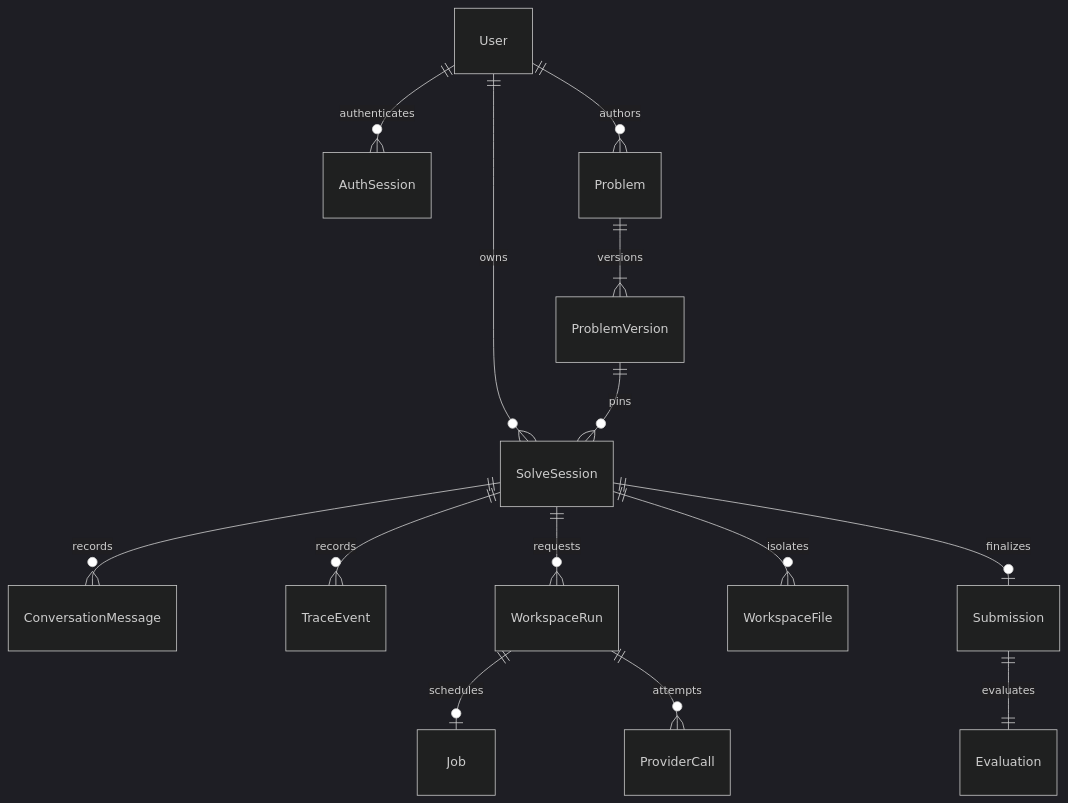
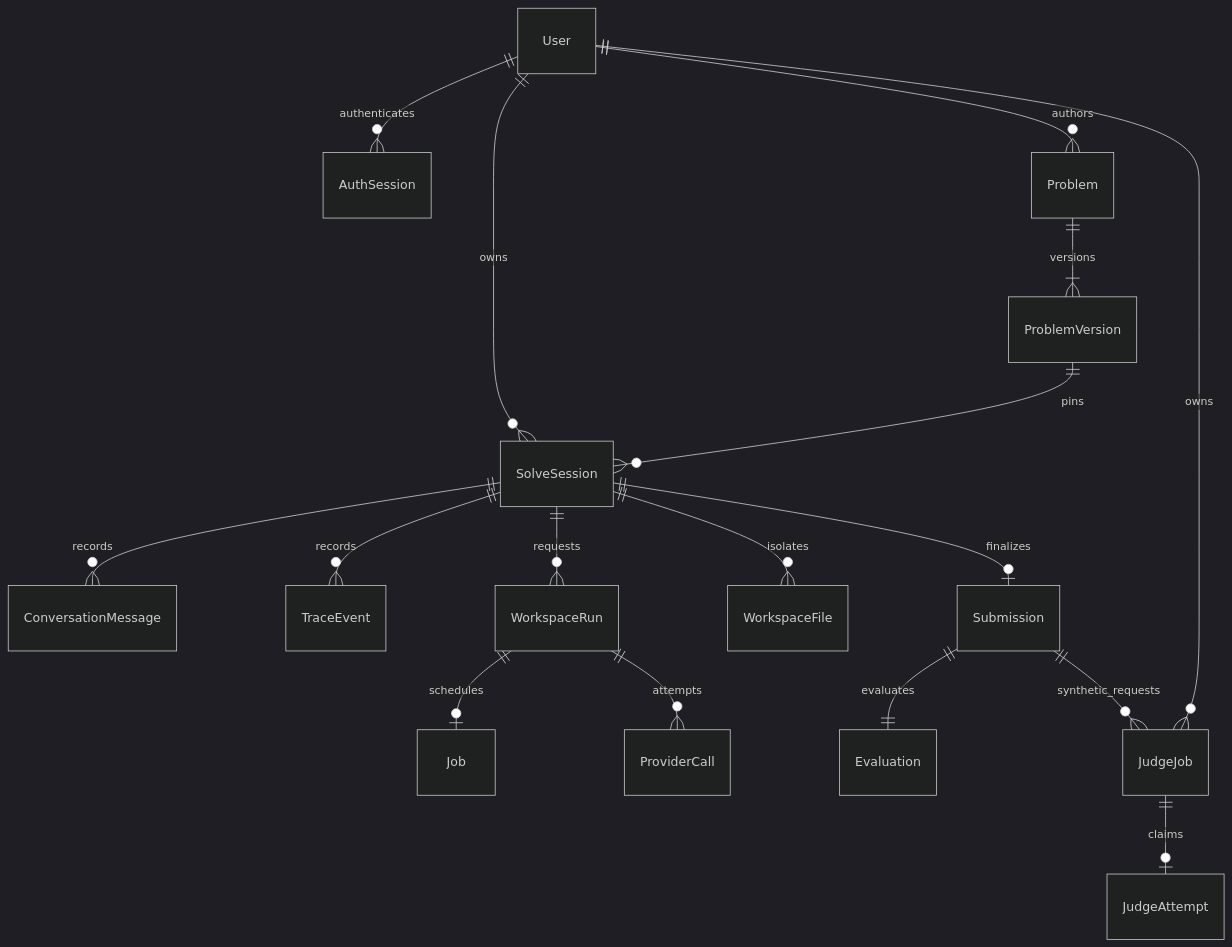
Before and after one commit to casing1/praxioj: the second of 2 diagrams in docs/architecture/overview.md, drawn with Mermaid (dark theme). The commit also changed other lines of this file and 36 other files, not shown here.

````diff
--- a/docs/architecture/overview.md
+++ b/docs/architecture/overview.md
@@ -32,16 +40,19 @@
 ```mermaid
 erDiagram
     User ||--o{ AuthSession : authenticates
     User ||--o{ Problem : authors
     User ||--o{ SolveSession : owns
     Problem ||--|{ ProblemVersion : versions
     ProblemVersion ||--o{ SolveSession : pins
     SolveSession ||--o{ ConversationMessage : records
     SolveSession ||--o{ TraceEvent : records
     SolveSession ||--o{ WorkspaceRun : requests
     WorkspaceRun ||--o| Job : schedules
     WorkspaceRun ||--o{ ProviderCall : attempts
     SolveSession ||--o{ WorkspaceFile : isolates
     SolveSession ||--o| Submission : finalizes
     Submission ||--|| Evaluation : evaluates
+    Submission ||--o{ JudgeJob : synthetic_requests
+    User ||--o{ JudgeJob : owns
+    JudgeJob ||--o| JudgeAttempt : claims
 ```
````
